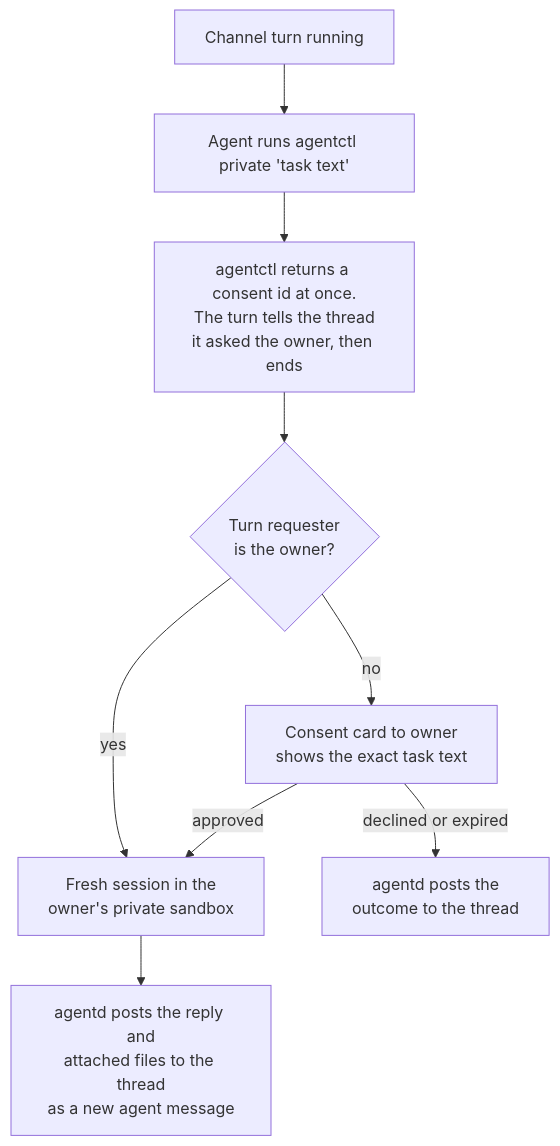
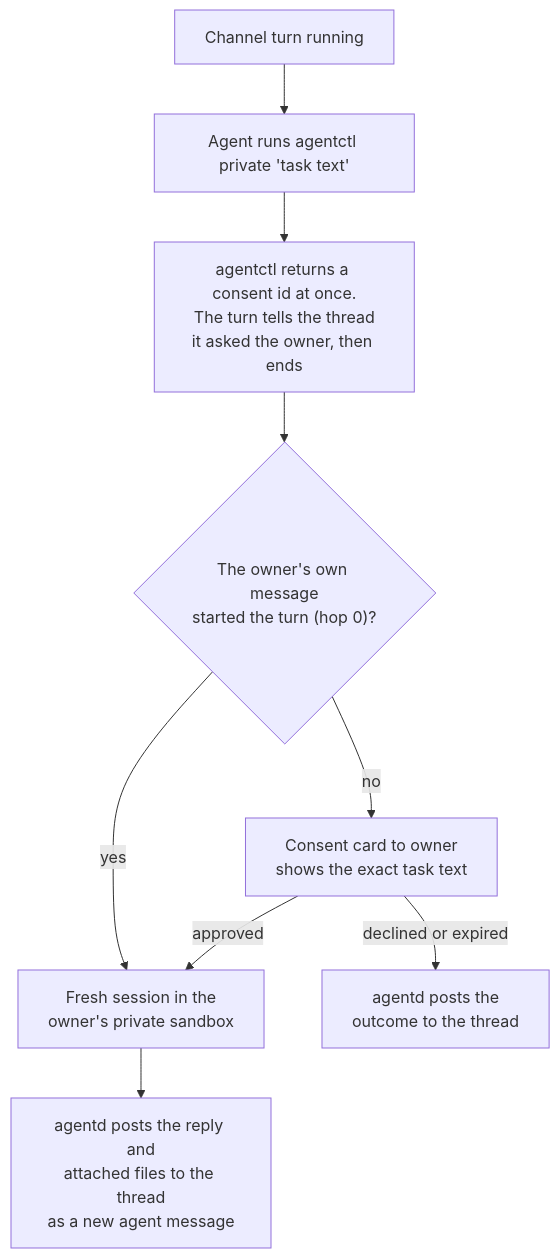
One commit to agentsky/agent-core changed the third of 7 diagrams in docs/design.md. Above: the diagram before and after it, drawn with Mermaid. The commit also changed other lines of this file and 31 other files, not shown here.

````diff
--- a/docs/design.md
+++ b/docs/design.md
@@ -349,11 +349,11 @@
 ```mermaid
 flowchart TD
     T["Channel turn running"] --> R["Agent runs agentctl private 'task text'"]
     R --> ID["agentctl returns a consent id at once.<br/>The turn tells the thread<br/>it asked the owner, then ends"]
-    ID --> O{"Turn requester<br/>is the owner?"}
+    ID --> O{"The owner's own message<br/>started the turn (hop 0)?"}
     O -- yes --> RUN["Fresh session in the<br/>owner's private sandbox"]
     O -- no --> CN["Consent card to owner<br/>shows the exact task text"]
     CN -- approved --> RUN
     CN -- "declined or expired" --> DN["agentd posts the<br/>outcome to the thread"]
     RUN --> RES["agentd posts the reply and<br/>attached files to the thread<br/>as a new agent message"]
 ```
````
